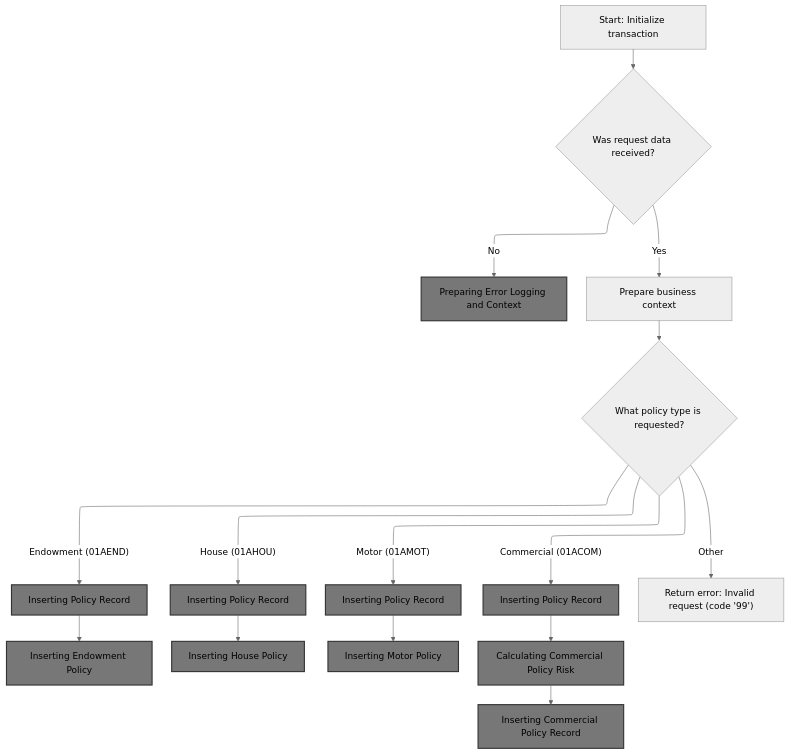
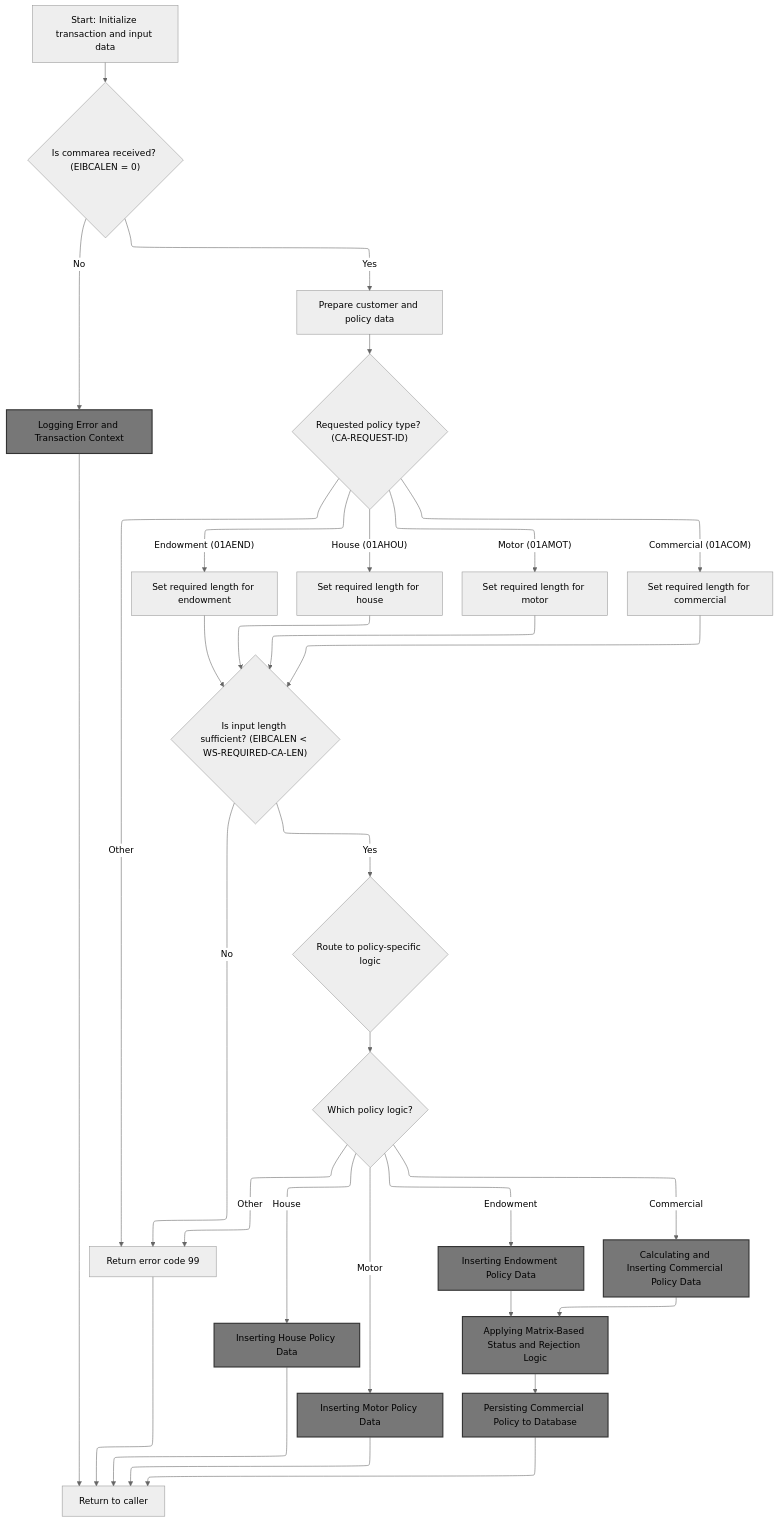
The second of 15 diagrams in .swm/inserting-insurance-policy-data-lgapdb09.xwl743qs.sw.md (Giri-Swimm/Swimmio-genapp-motor), drawn with Mermaid (neutral theme) before and after one commit. The commit also changed other lines of this file and 17 other files, not shown here.

Commit message:
motor policy inquire process as on 11 nov 2025

````diff
--- a/.swm/inserting-insurance-policy-data-lgapdb09.xwl743qs.sw.md
+++ b/.swm/inserting-insurance-policy-data-lgapdb09.xwl743qs.sw.md
@@ -363,112 +399,142 @@
 ```mermaid
 %%{init: {"flowchart": {"defaultRenderer": "elk"}} }%%
 flowchart TD
-  node1["Start: Initialize transaction"]
-  click node1 openCode "base/src/lgapdb09.cbl:190:200"
-  node1 --> node2{"Was request data received?"}
-  click node2 openCode "base/src/lgapdb09.cbl:203:207"
-  node2 -->|"No"| node3["Preparing Error Logging and Context"]
-  
-  node2 -->|"Yes"| node4["Prepare business context"]
-  click node4 openCode "base/src/lgapdb09.cbl:209:216"
-  node4 --> node5{"What policy type is requested?"}
-  click node5 openCode "base/src/lgapdb09.cbl:218:240"
-  node5 -->|"Endowment (01AEND)"| node6["Inserting Policy Record"]
-  
-  node6 --> node7["Inserting Endowment Policy"]
-  
-  node5 -->|"House (01AHOU)"| node8["Inserting Policy Record"]
-  
-  node8 --> node9["Inserting House Policy"]
-  
-  node5 -->|"Motor (01AMOT)"| node10["Inserting Policy Record"]
-  
-  node10 --> node11["Inserting Motor Policy"]
-  
-  node5 -->|"Commercial (01ACOM)"| node12["Inserting Policy Record"]
-  
-  node12 --> node13["Calculating Commercial Policy Risk"]
-  
-  node13 --> node14["Inserting Commercial Policy Record"]
-  
-  node5 -->|"Other"| node15["Return error: Invalid request (code '99')"]
-  click node15 openCode "base/src/lgapdb09.cbl:237:238"
+    node1["Start: Initialize transaction and input data"]
+    click node1 openCode "base/src/lgapdb09.cbl:190:200"
+    node1 --> node2{"Is commarea received? (EIBCALEN = 0)"}
+    click node2 openCode "base/src/lgapdb09.cbl:203:207"
+    node2 -->|"No"| node3["Logging Error and Transaction Context"]
+    
+    node3 --> node12["Return to caller"]
+    node2 -->|"Yes"| node4["Prepare customer and policy data"]
+    click node4 openCode "base/src/lgapdb09.cbl:209:216"
+    node4 --> node5{"Requested policy type? (CA-REQUEST-ID)"}
+    click node5 openCode "base/src/lgapdb09.cbl:218:240"
+    node5 -->|"Endowment (01AEND)"| node6["Set required length for endowment"]
+    click node6 openCode "base/src/lgapdb09.cbl:221:222"
+    node5 -->|"House (01AHOU)"| node7["Set required length for house"]
+    click node7 openCode "base/src/lgapdb09.cbl:225:226"
+    node5 -->|"Motor (01AMOT)"| node8["Set required length for motor"]
+    click node8 openCode "base/src/lgapdb09.cbl:229:230"
+    node5 -->|"Commercial (01ACOM)"| node9["Set required length for commercial"]
+    click node9 openCode "base/src/lgapdb09.cbl:233:234"
+    node5 -->|"Other"| node10["Return error code 99"]
+    click node10 openCode "base/src/lgapdb09.cbl:237:238"
+    node6 --> node11{"Is input length sufficient? (EIBCALEN < WS-REQUIRED-CA-LEN)"}
+    node7 --> node11
+    node8 --> node11
+    node9 --> node11
+    click node11 openCode "base/src/lgapdb09.cbl:242:245"
+    node11 -->|"No"| node10
+    node11 -->|"Yes"| node13{"Route to policy-specific logic"}
+    click node13 openCode "base/src/lgapdb09.cbl:249:266"
+    node13 --> node14{"Which policy logic?"}
+    click node14 openCode "base/src/lgapdb09.cbl:249:266"
+    node14 -->|"Endowment"| node15["Inserting Endowment Policy Data"]
+    
+    node14 -->|"House"| node16["Inserting House Policy Data"]
+    
+    node14 -->|"Motor"| node17["Inserting Motor Policy Data"]
+    
+    node14 -->|"Commercial"| node18["Calculating and Inserting Commercial Policy Data"]
+    
+    node14 -->|"Other"| node10
+    node15 --> node19["Applying Matrix-Based Status and Rejection Logic"]
+    
+    node19 --> node20["Persisting Commercial Policy to Database"]
+    
+    node16 --> node12
+    node17 --> node12
+    node18 --> node19
+    node20 --> node12
+    node10 --> node12
+    node12["Return to caller"]
+    click node12 openCode "base/src/lgapdb09.cbl:268:275"
 
 classDef HeadingStyle fill:#777777,stroke:#333,stroke-width:2px;
-click node3 goToHeading "Preparing Error Logging and Context"
+click node3 goToHeading "Logging Error and Transaction Context"
 node3:::HeadingStyle
-click node6 goToHeading "Inserting Policy Record"
-node6:::HeadingStyle
-click node7 goToHeading "Inserting Endowment Policy"
-node7:::HeadingStyle
-click node8 goToHeading "Inserting Policy Record"
-node8:::HeadingStyle
-click node9 goToHeading "Inserting House Policy"
-node9:::HeadingStyle
-click node10 goToHeading "Inserting Policy Record"
-node10:::HeadingStyle
-click node11 goToHeading "Inserting Motor Policy"
-node11:::HeadingStyle
-click node12 goToHeading "Inserting Policy Record"
-node12:::HeadingStyle
-click node13 goToHeading "Calculating Commercial Policy Risk"
-node13:::HeadingStyle
-click node14 goToHeading "Inserting Commercial Policy Record"
-node14:::HeadingStyle
+click node15 goToHeading "Inserting Endowment Policy Data"
+node15:::HeadingStyle
+click node16 goToHeading "Inserting House Policy Data"
+node16:::HeadingStyle
+click node17 goToHeading "Inserting Motor Policy Data"
+node17:::HeadingStyle
+click node18 goToHeading "Calculating and Inserting Commercial Policy Data"
+node18:::HeadingStyle
+click node19 goToHeading "Applying Matrix-Based Status and Rejection Logic"
+node19:::HeadingStyle
+click node20 goToHeading "Persisting Commercial Policy to Database"
+node20:::HeadingStyle
 
 %% Swimm:
 %% %%{init: {"flowchart": {"defaultRenderer": "elk"}} }%%
 %% flowchart TD
-%%   node1["Start: Initialize transaction"]
-%%   click node1 openCode "<SwmPath>[base/src/lgapdb09.cbl](base/src/lgapdb09.cbl)</SwmPath>:190:200"
-%%   node1 --> node2{"Was request data received?"}
-%%   click node2 openCode "<SwmPath>[base/src/lgapdb09.cbl](base/src/lgapdb09.cbl)</SwmPath>:203:207"
-%%   node2 -->|"No"| node3["Preparing Error Logging and Context"]
-%%   
-%%   node2 -->|"Yes"| node4["Prepare business context"]
-%%   click node4 openCode "<SwmPath>[base/src/lgapdb09.cbl](base/src/lgapdb09.cbl)</SwmPath>:209:216"
-%%   node4 --> node5{"What policy type is requested?"}
-%%   click node5 openCode "<SwmPath>[base/src/lgapdb09.cbl](base/src/lgapdb09.cbl)</SwmPath>:218:240"
-%%   node5 -->|"Endowment (<SwmToken path="base/src/lgapdb09.cbl" pos="220:4:4" line-data="             WHEN &#39;01AEND&#39;">`01AEND`</SwmToken>)"| node6["Inserting Policy Record"]
-%%   
-%%   node6 --> node7["Inserting Endowment Policy"]
-%%   
-%%   node5 -->|"House (<SwmToken path="base/src/lgapdb09.cbl" pos="224:4:4" line-data="             WHEN &#39;01AHOU&#39;">`01AHOU`</SwmToken>)"| node8["Inserting Policy Record"]
-%%   
-%%   node8 --> node9["Inserting House Policy"]
-%%   
-%%   node5 -->|"Motor (<SwmToken path="base/src/lgapdb09.cbl" pos="228:4:4" line-data="             WHEN &#39;01AMOT&#39;">`01AMOT`</SwmToken>)"| node10["Inserting Policy Record"]
-%%   
-%%   node10 --> node11["Inserting Motor Policy"]
-%%   
-%%   node5 -->|"Commercial (<SwmToken path="base/src/lgapdb09.cbl" pos="232:4:4" line-data="             WHEN &#39;01ACOM&#39;">`01ACOM`</SwmToken>)"| node12["Inserting Policy Record"]
-%%   
-%%   node12 --> node13["Calculating Commercial Policy Risk"]
-%%   
-%%   node13 --> node14["Inserting Commercial Policy Record"]
-%%   
-%%   node5 -->|"Other"| node15["Return error: Invalid request (code '99')"]
-%%   click node15 openCode "<SwmPath>[base/src/lgapdb09.cbl](base/src/lgapdb09.cbl)</SwmPath>:237:238"
+%%     node1["Start: Initialize transaction and input data"]
+%%     click node1 openCode "<SwmPath>[base/src/lgapdb09.cbl](base/src/lgapdb09.cbl)</SwmPath>:190:200"
+%%     node1 --> node2{"Is commarea received? (EIBCALEN = 0)"}
+%%     click node2 openCode "<SwmPath>[base/src/lgapdb09.cbl](base/src/lgapdb09.cbl)</SwmPath>:203:207"
+%%     node2 -->|"No"| node3["Logging Error and Transaction Context"]
+%%     
+%%     node3 --> node12["Return to caller"]
+%%     node2 -->|"Yes"| node4["Prepare customer and policy data"]
+%%     click node4 openCode "<SwmPath>[base/src/lgapdb09.cbl](base/src/lgapdb09.cbl)</SwmPath>:209:216"
+%%     node4 --> node5{"Requested policy type? (<SwmToken path="base/src/lgapdb09.cbl" pos="218:3:7" line-data="           EVALUATE CA-REQUEST-ID">`CA-REQUEST-ID`</SwmToken>)"}
+%%     click node5 openCode "<SwmPath>[base/src/lgapdb09.cbl](base/src/lgapdb09.cbl)</SwmPath>:218:240"
+%%     node5 -->|"Endowment (<SwmToken path="base/src/lgapdb09.cbl" pos="220:4:4" line-data="             WHEN &#39;01AEND&#39;">`01AEND`</SwmToken>)"| node6["Set required length for endowment"]
+%%     click node6 openCode "<SwmPath>[base/src/lgapdb09.cbl](base/src/lgapdb09.cbl)</SwmPath>:221:222"
+%%     node5 -->|"House (<SwmToken path="base/src/lgapdb09.cbl" pos="224:4:4" line-data="             WHEN &#39;01AHOU&#39;">`01AHOU`</SwmToken>)"| node7["Set required length for house"]
+%%     click node7 openCode "<SwmPath>[base/src/lgapdb09.cbl](base/src/lgapdb09.cbl)</SwmPath>:225:226"
+%%     node5 -->|"Motor (<SwmToken path="base/src/lgapdb09.cbl" pos="228:4:4" line-data="             WHEN &#39;01AMOT&#39;">`01AMOT`</SwmToken>)"| node8["Set required length for motor"]
+%%     click node8 openCode "<SwmPath>[base/src/lgapdb09.cbl](base/src/lgapdb09.cbl)</SwmPath>:229:230"
+%%     node5 -->|"Commercial (<SwmToken path="base/src/lgapdb09.cbl" pos="232:4:4" line-data="             WHEN &#39;01ACOM&#39;">`01ACOM`</SwmToken>)"| node9["Set required length for commercial"]
+%%     click node9 openCode "<SwmPath>[base/src/lgapdb09.cbl](base/src/lgapdb09.cbl)</SwmPath>:233:234"
+%%     node5 -->|"Other"| node10["Return error code 99"]
+%%     click node10 openCode "<SwmPath>[base/src/lgapdb09.cbl](base/src/lgapdb09.cbl)</SwmPath>:237:238"
+%%     node6 --> node11{"Is input length sufficient? (EIBCALEN < <SwmToken path="base/src/lgapdb09.cbl" pos="216:13:19" line-data="           ADD WS-CA-HEADER-LEN TO WS-REQUIRED-CA-LEN">`WS-REQUIRED-CA-LEN`</SwmToken>)"}
+%%     node7 --> node11
+%%     node8 --> node11
+%%     node9 --> node11
+%%     click node11 openCode "<SwmPath>[base/src/lgapdb09.cbl](base/src/lgapdb09.cbl)</SwmPath>:242:245"
+%%     node11 -->|"No"| node10
+%%     node11 -->|"Yes"| node13{"Route to policy-specific logic"}
+%%     click node13 openCode "<SwmPath>[base/src/lgapdb09.cbl](base/src/lgapdb09.cbl)</SwmPath>:249:266"
+%%     node13 --> node14{"Which policy logic?"}
+%%     click node14 openCode "<SwmPath>[base/src/lgapdb09.cbl](base/src/lgapdb09.cbl)</SwmPath>:249:266"
+%%     node14 -->|"Endowment"| node15["Inserting Endowment Policy Data"]
+%%     
+%%     node14 -->|"House"| node16["Inserting House Policy Data"]
+%%     
+%%     node14 -->|"Motor"| node17["Inserting Motor Policy Data"]
+%%     
+%%     node14 -->|"Commercial"| node18["Calculating and Inserting Commercial Policy Data"]
+%%     
+%%     node14 -->|"Other"| node10
+%%     node15 --> node19["Applying Matrix-Based Status and Rejection Logic"]
+%%     
+%%     node19 --> node20["Persisting Commercial Policy to Database"]
+%%     
+%%     node16 --> node12
+%%     node17 --> node12
+%%     node18 --> node19
+%%     node20 --> node12
+%%     node10 --> node12
+%%     node12["Return to caller"]
+%%     click node12 openCode "<SwmPath>[base/src/lgapdb09.cbl](base/src/lgapdb09.cbl)</SwmPath>:268:275"
 %% 
 %% classDef HeadingStyle fill:#777777,stroke:#333,stroke-width:2px;
-%% click node3 goToHeading "Preparing Error Logging and Context"
+%% click node3 goToHeading "Logging Error and Transaction Context"
 %% node3:::HeadingStyle
-%% click node6 goToHeading "Inserting Policy Record"
-%% node6:::HeadingStyle
-%% click node7 goToHeading "Inserting Endowment Policy"
-%% node7:::HeadingStyle
-%% click node8 goToHeading "Inserting Policy Record"
-%% node8:::HeadingStyle
-%% click node9 goToHeading "Inserting House Policy"
-%% node9:::HeadingStyle
-%% click node10 goToHeading "Inserting Policy Record"
-%% node10:::HeadingStyle
-%% click node11 goToHeading "Inserting Motor Policy"
-%% node11:::HeadingStyle
-%% click node12 goToHeading "Inserting Policy Record"
-%% node12:::HeadingStyle
-%% click node13 goToHeading "Calculating Commercial Policy Risk"
-%% node13:::HeadingStyle
-%% click node14 goToHeading "Inserting Commercial Policy Record"
-%% node14:::HeadingStyle
+%% click node15 goToHeading "Inserting Endowment Policy Data"
+%% node15:::HeadingStyle
+%% click node16 goToHeading "Inserting House Policy Data"
+%% node16:::HeadingStyle
+%% click node17 goToHeading "Inserting Motor Policy Data"
+%% node17:::HeadingStyle
+%% click node18 goToHeading "Calculating and Inserting Commercial Policy Data"
+%% node18:::HeadingStyle
+%% click node19 goToHeading "Applying Matrix-Based Status and Rejection Logic"
+%% node19:::HeadingStyle
+%% click node20 goToHeading "Persisting Commercial Policy to Database"
+%% node20:::HeadingStyle
 ```
````
